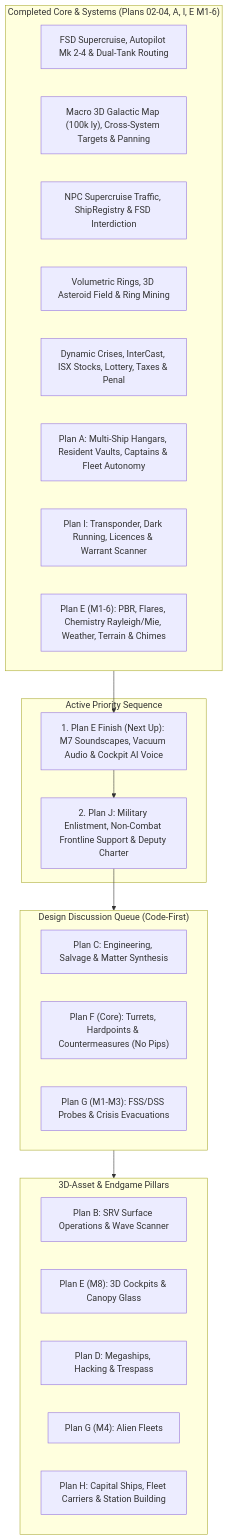
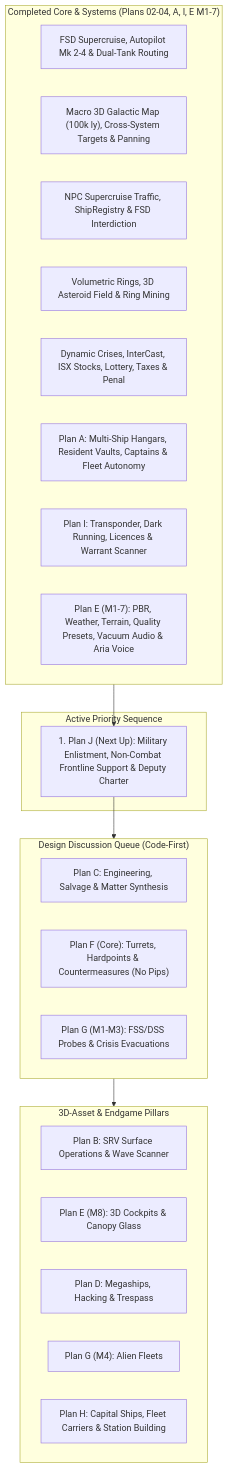
One commit to austeregrim/pioneer-expanse changed the diagram in plans/01_EXPANSE_LONG_TERM_ROADMAP.md. Above: the diagram before and after it, drawn with Mermaid. The commit also changed other lines of this file and 73 other files, not shown here.

Commit message:
feat(graphics,terrain,audio): graphics quality presets, terrain/cloud/boulder overhaul, OpenAL vacuum acoustics, and Aria cockpit AI voice

````diff
--- a/plans/01_EXPANSE_LONG_TERM_ROADMAP.md
+++ b/plans/01_EXPANSE_LONG_TERM_ROADMAP.md
@@ -18,36 +18,34 @@
 ```mermaid
 graph TD
-    subgraph Completed["Completed Core & Systems (Plans 02-04, A, I, E M1-6)"]
+    subgraph Completed["Completed Core & Systems (Plans 02-04, A, I, E M1-7)"]
         F1["FSD Supercruise, Autopilot Mk 2-4 & Dual-Tank Routing"]
         F2["Macro 3D Galactic Map (100k ly), Cross-System Targets & Panning"]
         F3["NPC Supercruise Traffic, ShipRegistry & FSD Interdiction"]
         F4["Volumetric Rings, 3D Asteroid Field & Ring Mining"]
         F5["Dynamic Crises, InterCast, ISX Stocks, Lottery, Taxes & Penal"]
         F6["Plan A: Multi-Ship Hangars, Resident Vaults, Captains & Fleet Autonomy"]
         F7["Plan I: Transponder, Dark Running, Licences & Warrant Scanner"]
-        F8["Plan E (M1-6): PBR, Flares, Chemistry Rayleigh/Mie, Weather, Terrain & Chimes"]
+        F8["Plan E (M1-7): PBR, Weather, Terrain, Quality Presets, Vacuum Audio & Aria Voice"]
     end
 
     subgraph NextSequence["Active Priority Sequence"]
-        S2["1. Plan E Finish (Next Up): M7 Soundscapes, Vacuum Audio & Cockpit AI Voice"]
-        S3["2. Plan J: Military Enlistment, Non-Combat Frontline Support & Deputy Charter"]
+        S3["1. Plan J (Next Up): Military Enlistment, Non-Combat Frontline Support & Deputy Charter"]
     end
 
     subgraph Discussion["Design Discussion Queue (Code-First)"]
         PC["Plan C: Engineering, Salvage & Matter Synthesis"]
         PF["Plan F (Core): Turrets, Hardpoints & Countermeasures (No Pips)"]
         PG["Plan G (M1-M3): FSS/DSS Probes & Crisis Evacuations"]
     end
 
     subgraph AssetGated["3D-Asset & Endgame Pillars"]
         PB["Plan B: SRV Surface Operations & Wave Scanner"]
         PE8["Plan E (M8): 3D Cockpits & Canopy Glass"]
         PD["Plan D: Megaships, Hacking & Trespass"]
         PGA["Plan G (M4): Alien Fleets"]
         PH["Plan H: Capital Ships, Fleet Carriers & Station Building"]
     end
 
-    Completed --> S2 --> S3
-    S3 --> Discussion
+    Completed --> S3 --> Discussion
     Discussion --> AssetGated
 ```
````
